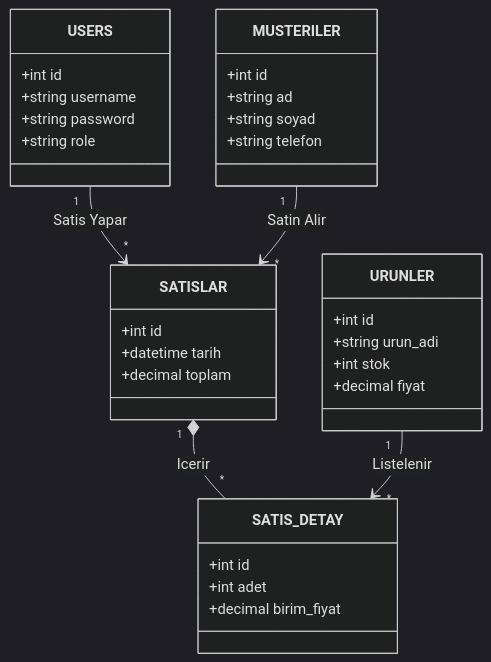
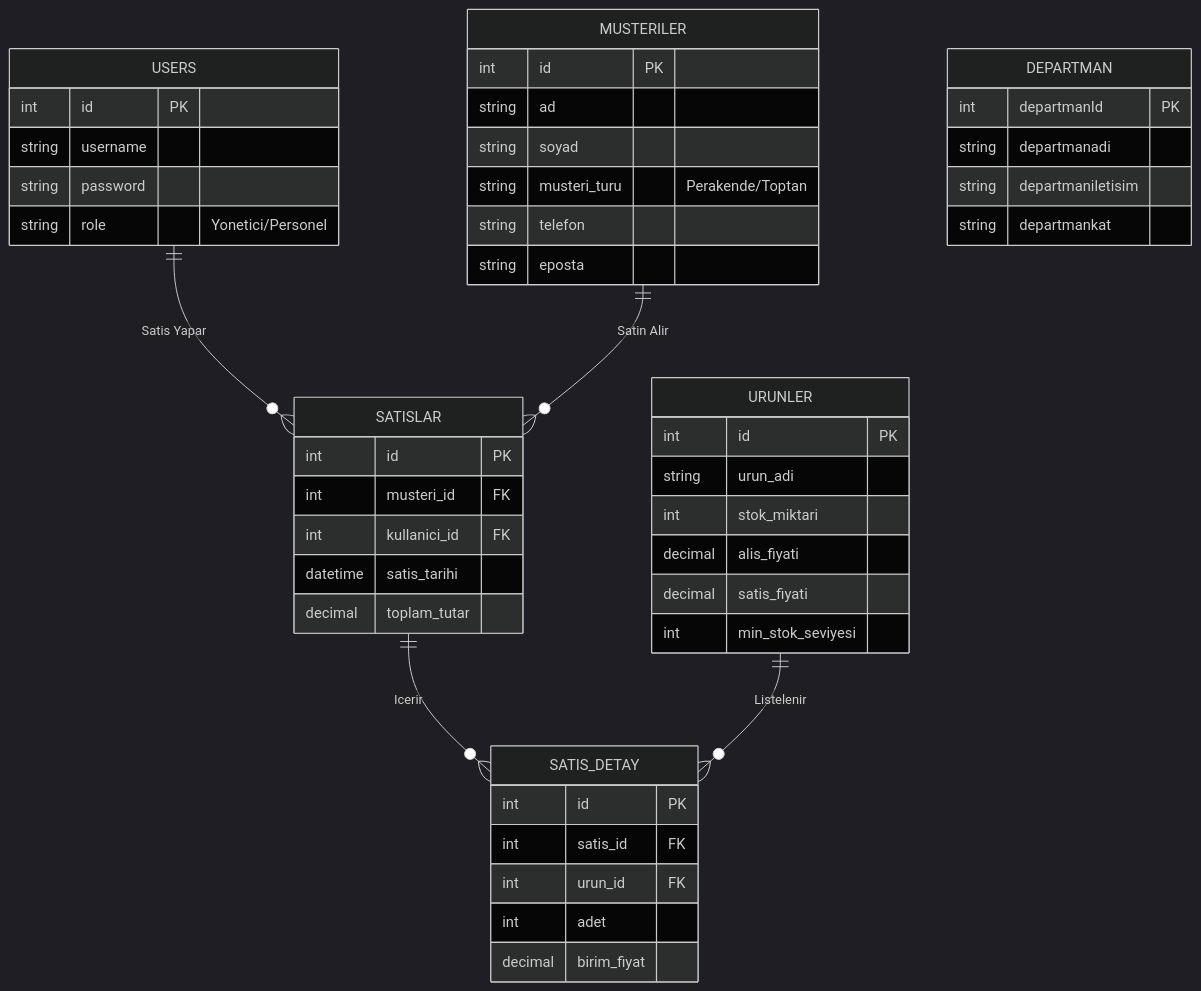
Before and after one commit to Akif-6/Stok-Takip-Projesi: the first of 3 diagrams in README.md, drawn with Mermaid (dark theme). The commit also changed other lines of this file, not shown here.

````diff
--- a/README.md
+++ b/README.md
@@ -81,36 +80,55 @@
 ```mermaid
-classDiagram
-class USERS {
-+int id
-+string username
-+string password
-+string role
-}
-class MUSTERILER {
-+int id
-+string ad
-+string soyad
-+string telefon
-}
-class URUNLER {
-+int id
-+string urun_adi
-+int stok
-+decimal fiyat
-}
-class SATISLAR {
-+int id
-+datetime tarih
-+decimal toplam
-}
-class SATIS_DETAY {
-+int id
-+int adet
-+decimal birim_fiyat
-}
+erDiagram
+    USERS ||--o{ SATISLAR : "Satis Yapar"
+    MUSTERILER ||--o{ SATISLAR : "Satin Alir"
+    SATISLAR ||--o{ SATIS_DETAY : "Icerir"
+    URUNLER ||--o{ SATIS_DETAY : "Listelenir"
 
-USERS "1" --> "*" SATISLAR : Satis Yapar
-MUSTERILER "1" --> "*" SATISLAR : Satin Alir
-SATISLAR "1" *-- "*" SATIS_DETAY : Icerir
-URUNLER "1" --> "*" SATIS_DETAY : Listelenir
+    USERS {
+        int id PK
+        string username
+        string password
+        string role "Yonetici/Personel"
+    }
+
+    MUSTERILER {
+        int id PK
+        string ad
+        string soyad
+        string musteri_turu "Perakende/Toptan"
+        string telefon
+        string eposta
+    }
+
+    URUNLER {
+        int id PK
+        string urun_adi
+        int stok_miktari
+        decimal alis_fiyati
+        decimal satis_fiyati
+        int min_stok_seviyesi
+    }
+
+    SATISLAR {
+        int id PK
+        int musteri_id FK
+        int kullanici_id FK
+        datetime satis_tarihi
+        decimal toplam_tutar
+    }
+
+    SATIS_DETAY {
+        int id PK
+        int satis_id FK
+        int urun_id FK
+        int adet
+        decimal birim_fiyat
+    }
+
+    DEPARTMAN {
+        int departmanId PK
+        string departmanadi
+        string departmaniletisim
+        string departmankat
+    }
   ```
````
